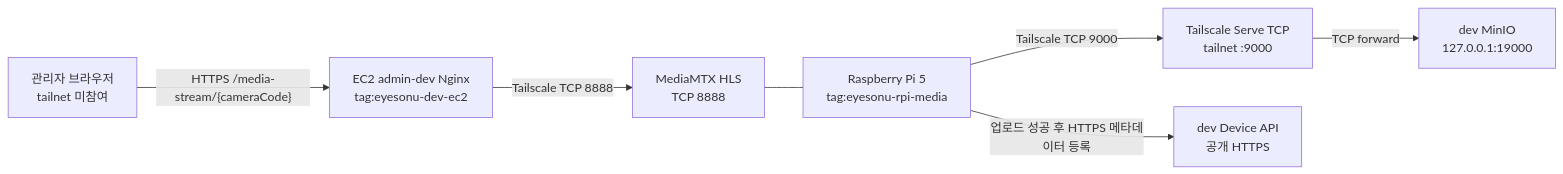
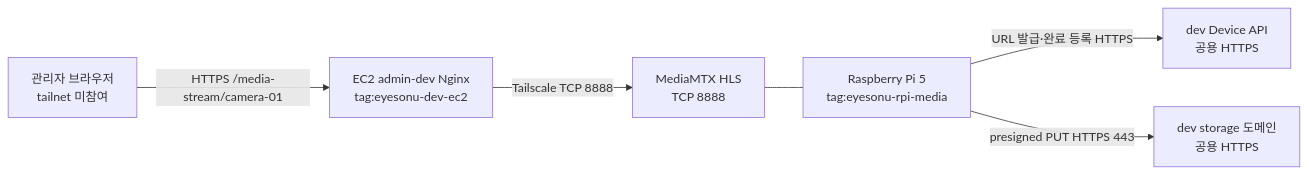
Before and after one commit to tttksj404/cctv-model-selection-lab: the diagram in docs/Tailscale 연동 운영.md, drawn with Mermaid. The commit also changed other lines of this file and 34 other files, not shown here.

Commit message:
feat: 녹화본 MinIO 업로드 경로 요청 API 개발

````diff
--- a/docs/Tailscale 연동 운영.md
+++ b/docs/Tailscale 연동 운영.md
@@ -55,17 +51,15 @@
 ```mermaid
 flowchart LR
     Browser["관리자 브라우저<br/>tailnet 미참여"]
     Nginx["EC2 admin-dev Nginx<br/>tag:eyesonu-dev-ec2"]
-    MinIO["dev MinIO<br/>127.0.0.1:19000"]
-    Serve["Tailscale Serve TCP<br/>tailnet :9000"]
     Pi["Raspberry Pi 5<br/>tag:eyesonu-rpi-media"]
     MediaMTX["MediaMTX HLS<br/>TCP 8888"]
-    DeviceAPI["dev Device API<br/>공개 HTTPS"]
+    DeviceAPI["dev Device API<br/>공용 HTTPS"]
+    Storage["dev storage 도메인<br/>공용 HTTPS"]
 
-    Browser -->|"HTTPS /media-stream/{cameraCode}"| Nginx
+    Browser -->|"HTTPS /media-stream/camera-01"| Nginx
     Nginx -->|"Tailscale TCP 8888"| MediaMTX
     MediaMTX --- Pi
-    Pi -->|"Tailscale TCP 9000"| Serve
-    Serve -->|"TCP forward"| MinIO
-    Pi -->|"업로드 성공 후 HTTPS 메타데이터 등록"| DeviceAPI
+    Pi -->|"URL 발급·완료 등록 HTTPS"| DeviceAPI
+    Pi -->|"presigned PUT HTTPS 443"| Storage
 ```
````
